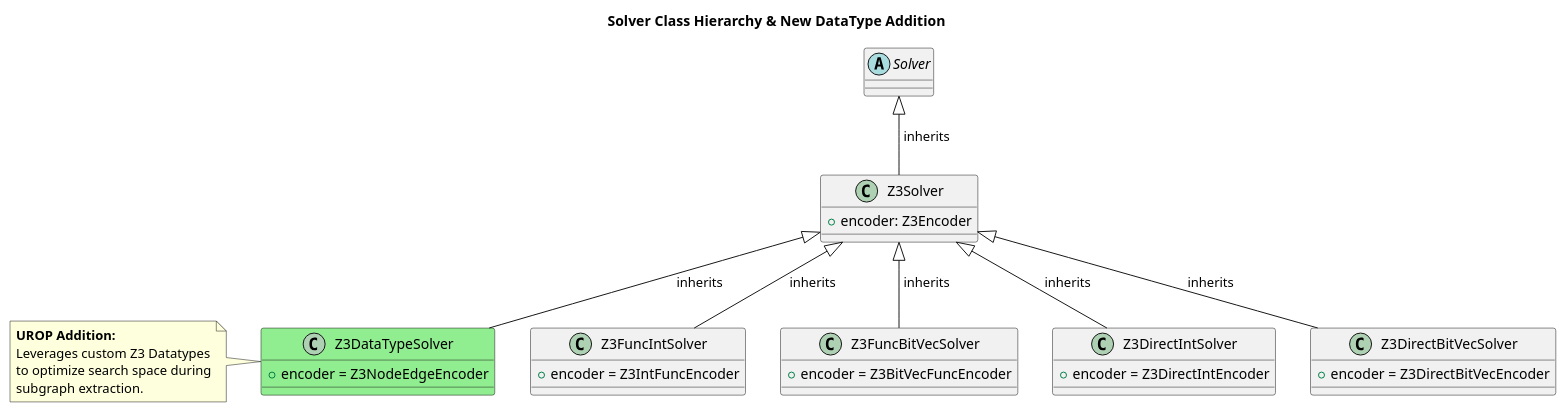
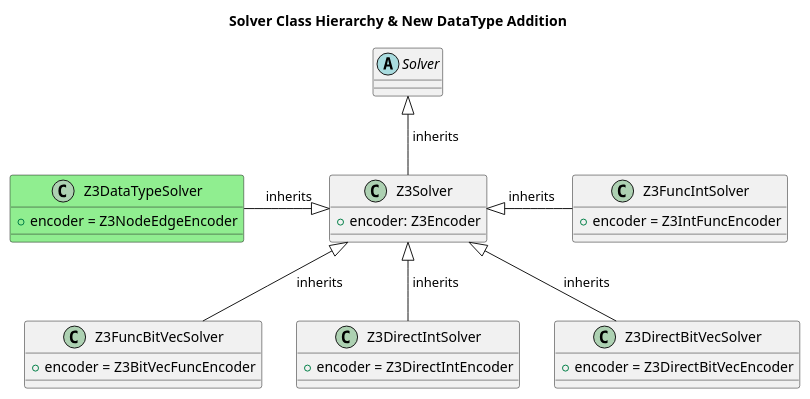
One commit to LP-RG/subxpat changed the diagram in sxpat/docs/datatype_encoder/solver_architecture.puml. Above: the diagram before and after it, drawn with PlantUML.

Commit message:
#211: design improvement

```diff
--- a/sxpat/docs/datatype_encoder/solver_architecture.puml
+++ b/sxpat/docs/datatype_encoder/solver_architecture.puml
@@ -1,51 +1,46 @@
 @startuml SubXPAT_Solver_Architecture
 
 title Solver Class Hierarchy & New DataType Addition
 
 ' Abstract Superclass
 abstract class Solver {
 }
 
 ' Base Z3 Manager Class
 class Z3Solver {
   + encoder: Z3Encoder
 }
 
 ' Existing Leaf Solvers
 class Z3FuncIntSolver {
   + encoder = Z3IntFuncEncoder
 }
 
 class Z3FuncBitVecSolver {
   + encoder = Z3BitVecFuncEncoder
 }
 
 class Z3DirectIntSolver {
   + encoder = Z3DirectIntEncoder
 }
 
 class Z3DirectBitVecSolver {
   + encoder = Z3DirectBitVecEncoder
 }
 
 ' UROP Addition:
 class Z3DataTypeSolver #LightGreen {
   + encoder = Z3NodeEdgeEncoder
 }
 
 ' Relationships
 Solver <|-- Z3Solver : " inherits"
-Z3Solver <|-- Z3FuncIntSolver : " inherits"
+Z3Solver <|-right- Z3FuncIntSolver : " inherits"
 Z3Solver <|-- Z3FuncBitVecSolver : " inherits"
 Z3Solver <|-- Z3DirectIntSolver : " inherits"
 Z3Solver <|-- Z3DirectBitVecSolver : " inherits"
-Z3Solver <|-- Z3DataTypeSolver : " inherits"
+Z3Solver <|-left- Z3DataTypeSolver : " inherits"
 
-note left of Z3DataTypeSolver
-  <b>UROP Addition:</b>
-  Leverages custom Z3 Datatypes
-  to optimize search space during
-  subgraph extraction.
-end note
+
 
 @enduml
```
